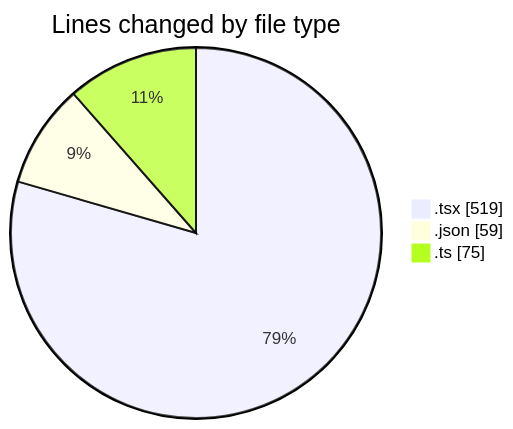
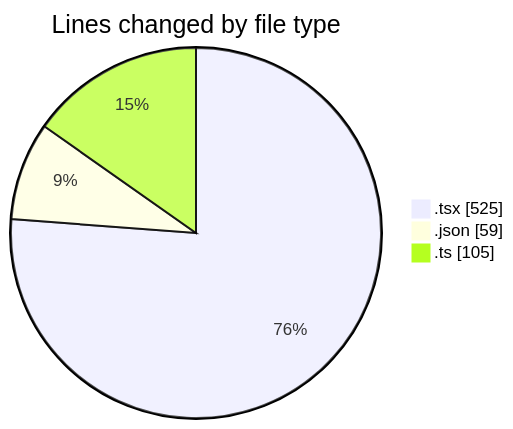
The first of 2 diagrams in 2025-11-24/cda/README.md (momahboobian/code-tracking), drawn with Mermaid before and after one commit. The commit also changed other lines of this file and 1 other file, not shown here.

````diff
--- a/2025-11-24/cda/README.md
+++ b/2025-11-24/cda/README.md
@@ -24,7 +24,7 @@
 ```mermaid
 pie showData
 title Lines changed by file type
-".tsx" : 519
+".tsx" : 525
 ".json" : 59
-".ts" : 75
+".ts" : 105
 ```
````
